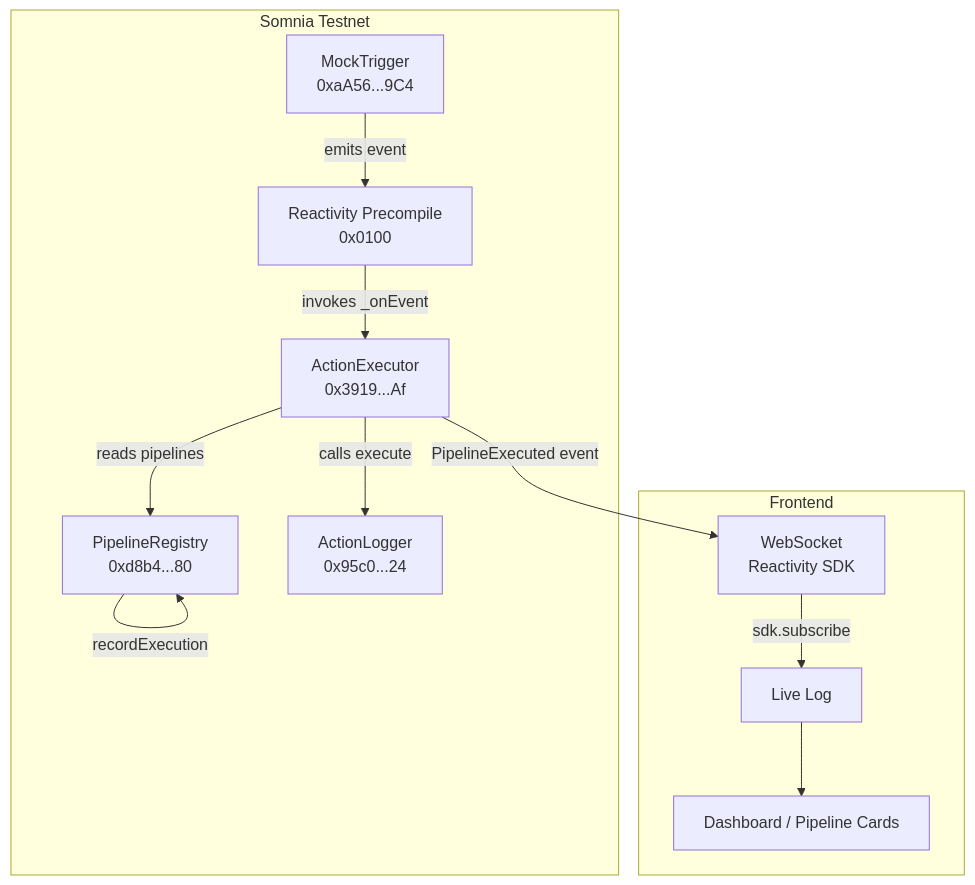
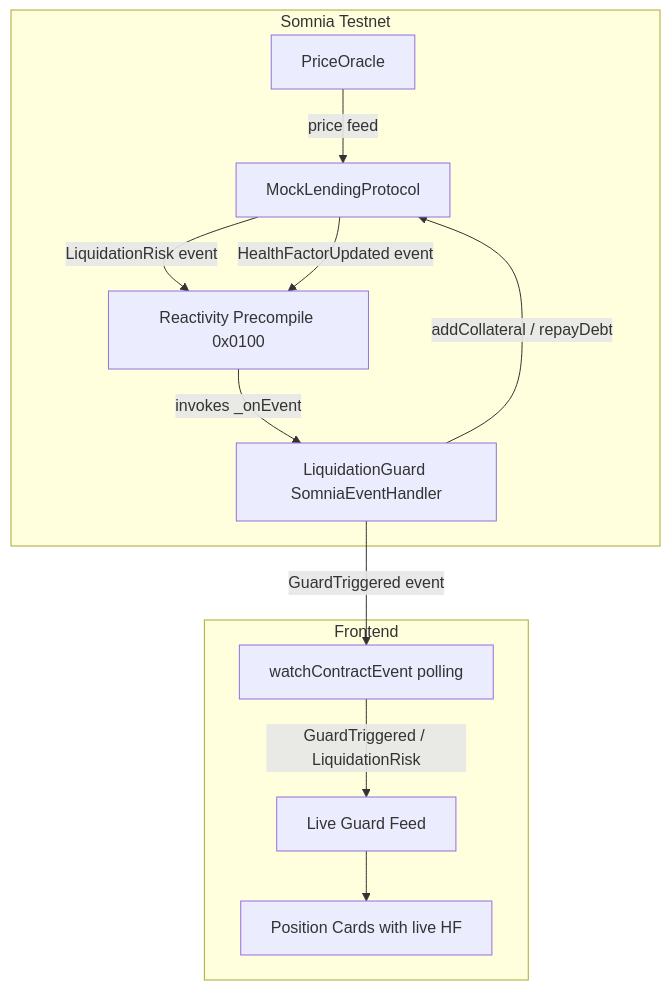
Before and after one commit to Marvy247/ReactorShield: the second of 2 diagrams in README.md, drawn with Mermaid. The commit also changed other lines of this file and 21 other files, not shown here.

````diff
--- a/README.md
+++ b/README.md
@@ -38,17 +40,17 @@
 ```mermaid
 graph TD
     subgraph Somnia Testnet
-        MT[MockTrigger\n0xaA56...9C4] -->|emits event| RP[Reactivity Precompile\n0x0100]
-        RP -->|invokes _onEvent| AE[ActionExecutor\n0x3919...Af]
-        AE -->|reads pipelines| PR[PipelineRegistry\n0xd8b4...80]
-        AE -->|calls execute| AL[ActionLogger\n0x95c0...24]
-        PR -->|recordExecution| PR
+        MLP[MockLendingProtocol] -->|LiquidationRisk event| RP[Reactivity Precompile 0x0100]
+        MLP -->|HealthFactorUpdated event| RP
+        RP -->|invokes _onEvent| LG[LiquidationGuard SomniaEventHandler]
+        LG -->|addCollateral / repayDebt| MLP
+        PO[PriceOracle] -->|price feed| MLP
     end
 
     subgraph Frontend
-        WS[WebSocket\nReactivity SDK] -->|sdk.subscribe| LL[Live Log]
-        LL --> UI[Dashboard / Pipeline Cards]
+        WC[watchContractEvent polling] -->|GuardTriggered / LiquidationRisk| LL[Live Guard Feed]
+        LL --> PC[Position Cards with live HF]
     end
 
-    AE -->|PipelineExecuted event| WS
+    LG -->|GuardTriggered event| WC
 ```
````
